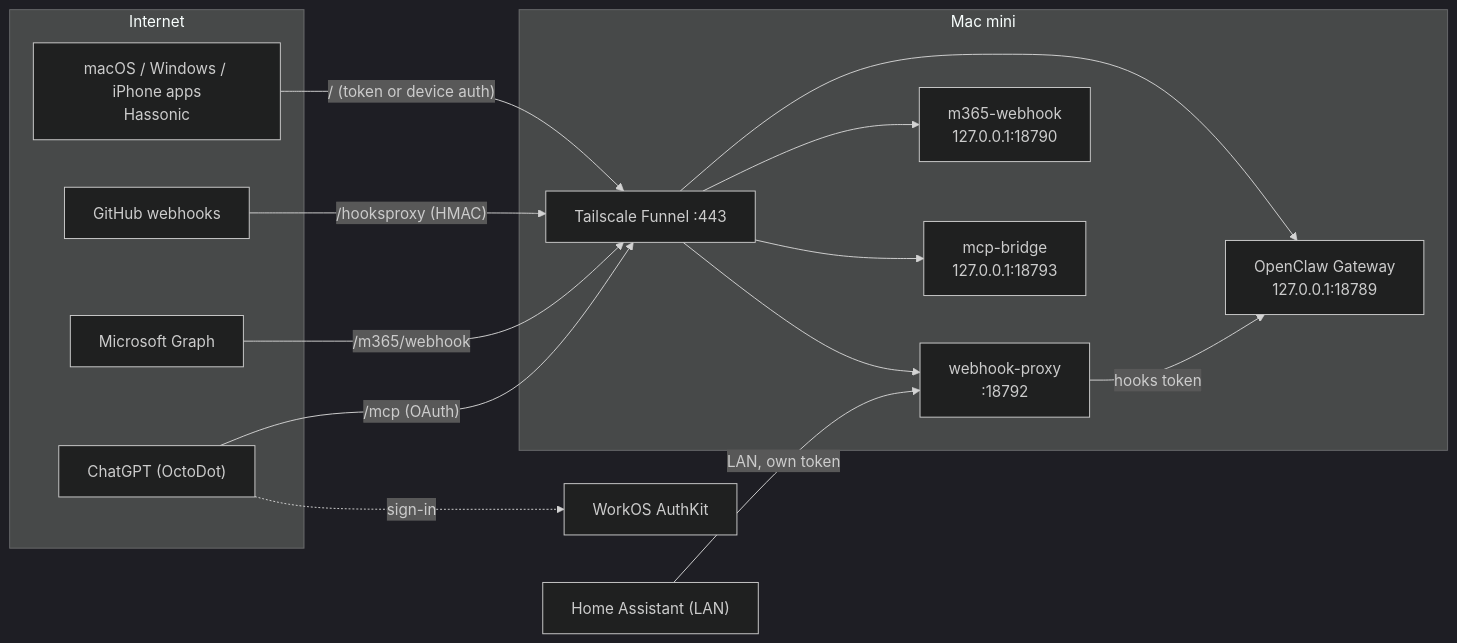
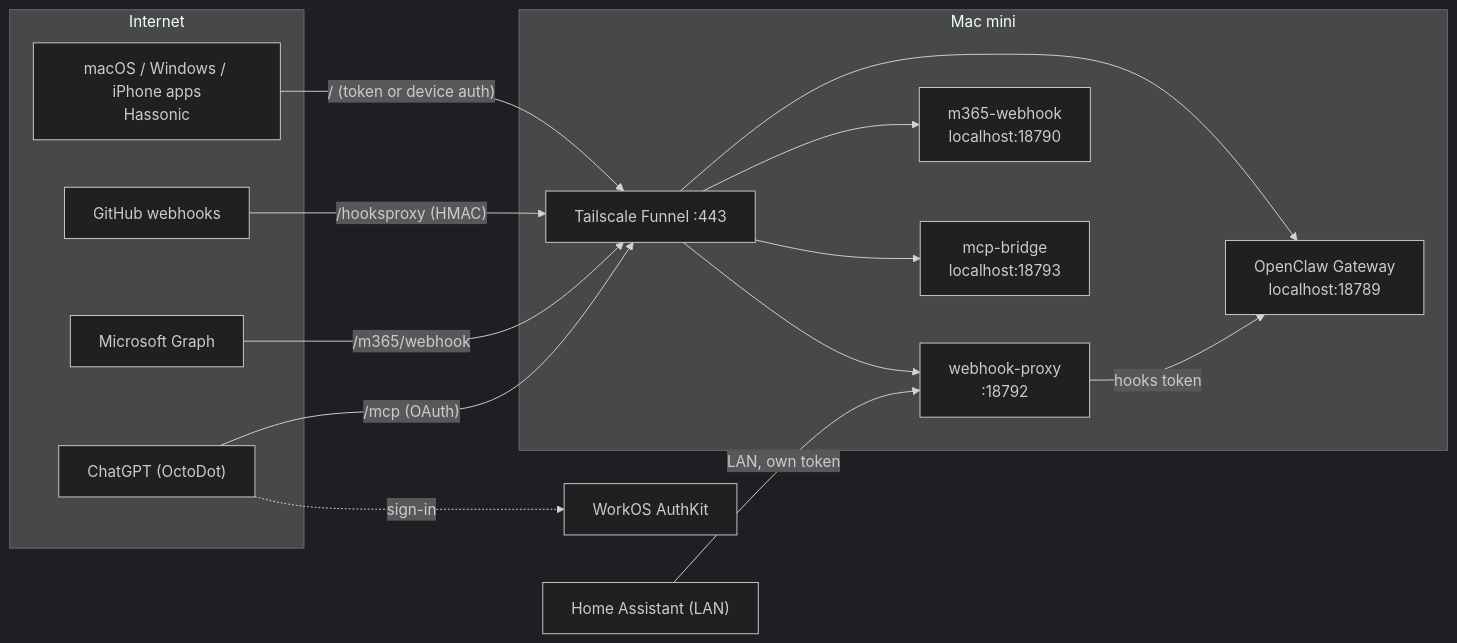
Before and after one commit to JeffSteinbok/octo-docs: the diagram in docs/external-integrations.md, drawn with Mermaid (dark theme). The commit also changed other lines of this file and 9 other files, not shown here.

````diff
--- a/docs/external-integrations.md
+++ b/docs/external-integrations.md
@@ -25,29 +25,29 @@
 ```mermaid
 flowchart LR
     subgraph Internet
         APPS["macOS / Windows / iPhone apps<br/>Hassonic"]
         GH["GitHub webhooks"]
         M365["Microsoft Graph"]
         CGPT["ChatGPT (OctoDot)"]
     end
     HA["Home Assistant (LAN)"]
     subgraph Mac["Mac mini"]
         F["Tailscale Funnel :443"]
-        GW["OpenClaw Gateway<br/>127.0.0.1:18789"]
+        GW["OpenClaw Gateway<br/>localhost:18789"]
         WP["webhook-proxy<br/>:18792"]
-        MW["m365-webhook<br/>127.0.0.1:18790"]
-        MCP["mcp-bridge<br/>127.0.0.1:18793"]
+        MW["m365-webhook<br/>localhost:18790"]
+        MCP["mcp-bridge<br/>localhost:18793"]
     end
     WK["WorkOS AuthKit"]
     APPS -->|"/ (token or device auth)"| F
     GH -->|"/hooksproxy (HMAC)"| F
     M365 -->|"/m365/webhook"| F
     CGPT -->|"/mcp (OAuth)"| F
     CGPT -. sign-in .-> WK
     F --> GW
     F --> WP
     F --> MW
     F --> MCP
     HA -->|"LAN, own token"| WP
     WP -->|"hooks token"| GW
 ```
````
